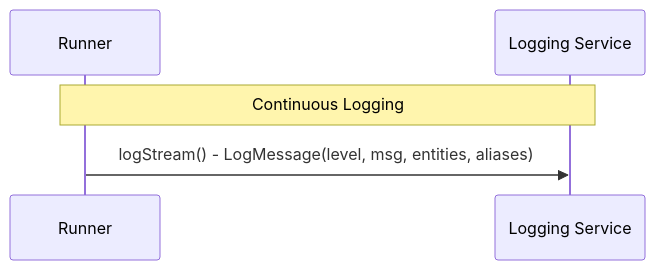
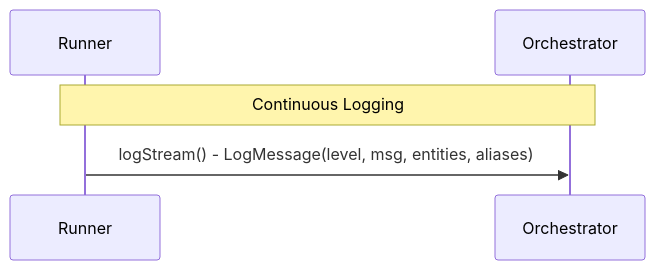
Before and after one commit to rdf-connect/proto: the fourth of 4 diagrams in README.md, drawn with Mermaid.

Commit message:
chore: move logging service to orchestrator

````diff
--- a/README.md
+++ b/README.md
@@ -144,8 +144,8 @@
 ```mermaid
 sequenceDiagram
     participant R as Runner
-    participant L as Logging Service
+    participant O as Orchestrator
 
-    Note over R,L: Continuous Logging
-    R->>L: logStream() - LogMessage(level, msg, entities, aliases)
+    Note over R,O: Continuous Logging
+    R->>O: logStream() - LogMessage(level, msg, entities, aliases)
 ```
````
